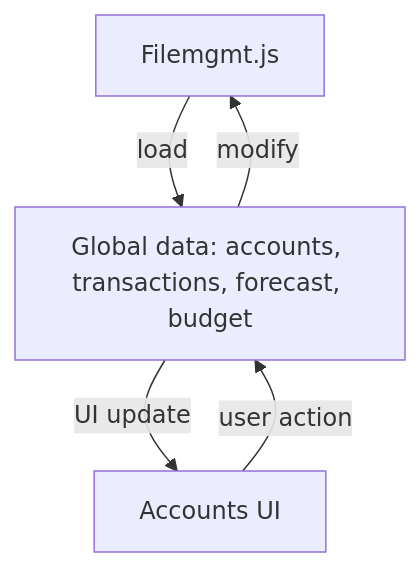
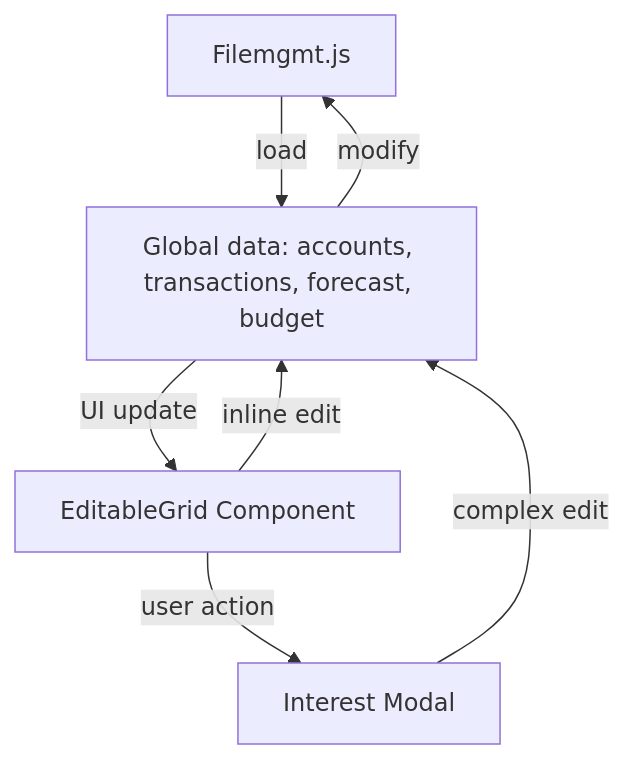
Before and after one commit to BicycleJeanre/ftrack: the diagram in Documentation/accounts.md, drawn with Mermaid. The commit also changed other lines of this file and 3 other files, not shown here.

````diff
--- a/Documentation/accounts.md
+++ b/Documentation/accounts.md
@@ -19,7 +25,9 @@
 ```mermaid
 flowchart TD
   Filemgmt[Filemgmt.js] -->|load| AppData[Global data: accounts, transactions, forecast, budget]
   AppData -->|modify| Filemgmt
-  AppData -->|UI update| AccountsPage[Accounts UI]
-  AccountsPage -->|user action| AppData
+  AppData -->|UI update| AccountsGrid[EditableGrid Component]
+  AccountsGrid -->|user action| InterestModal[Interest Modal]
+  InterestModal -->|complex edit| AppData
+  AccountsGrid -->|inline edit| AppData
 ```
````
